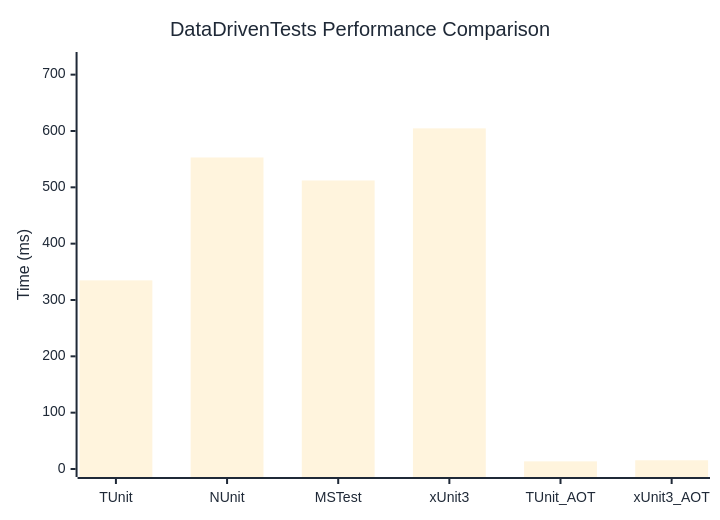
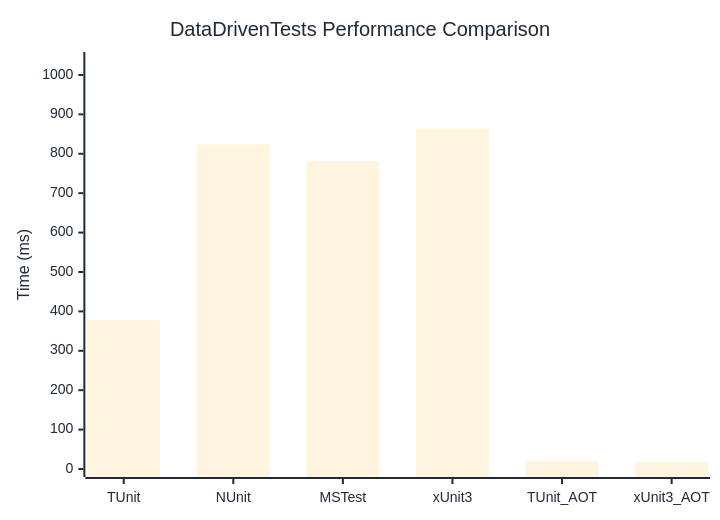
The diagram in docs/docs/benchmarks/engine/DataDrivenTests.md (thomhurst/TUnit), drawn with Mermaid before and after one commit. The commit also changed other lines of this file and 18 other files, not shown here.

````diff
--- a/docs/docs/benchmarks/engine/DataDrivenTests.md
+++ b/docs/docs/benchmarks/engine/DataDrivenTests.md
@@ -30,37 +30,37 @@
 ```mermaid
 %%{init: {
   'theme':'base',
   'themeVariables': {
     'primaryColor': '#2563eb',
     'primaryTextColor': '#1f2937',
     'primaryBorderColor': '#1e40af',
     'lineColor': '#6b7280',
     'secondaryColor': '#7c3aed',
     'tertiaryColor': '#dc2626',
     'background': '#ffffff',
     'mainBkg': '#2563eb',
     'secondBkg': '#7c3aed',
     'tertiaryBkg': '#dc2626',
     'clusterBkg': '#f3f4f6',
     'edgeLabelBackground': '#ffffff',
     'tertiaryTextColor': '#1f2937',
     'pie1': '#2563eb',
     'pie2': '#7c3aed',
     'pie3': '#dc2626',
     'pie4': '#f59e0b',
     'pie5': '#10b981',
     'pie6': '#06b6d4',
     'pie7': '#ec4899',
     'pie8': '#6366f1',
     'pie9': '#84cc16',
     'pie10': '#f97316',
     'pie11': '#14b8a6',
     'pie12': '#a855f7'
   }
 }}%%
 xychart-beta
   title "DataDrivenTests Performance Comparison"
   x-axis ["TUnit", "NUnit", "MSTest", "xUnit3", "TUnit_AOT", "xUnit3_AOT"]
-  y-axis "Time (ms)" 0 --> 726
-  bar [334.82, 552.96, 512.16, 604.64, 13.57, 15.47]
+  y-axis "Time (ms)" 0 --> 1038
+  bar [377.66, 823.82, 781.38, 864.21, 20.11, 16.94]
 ```
````
